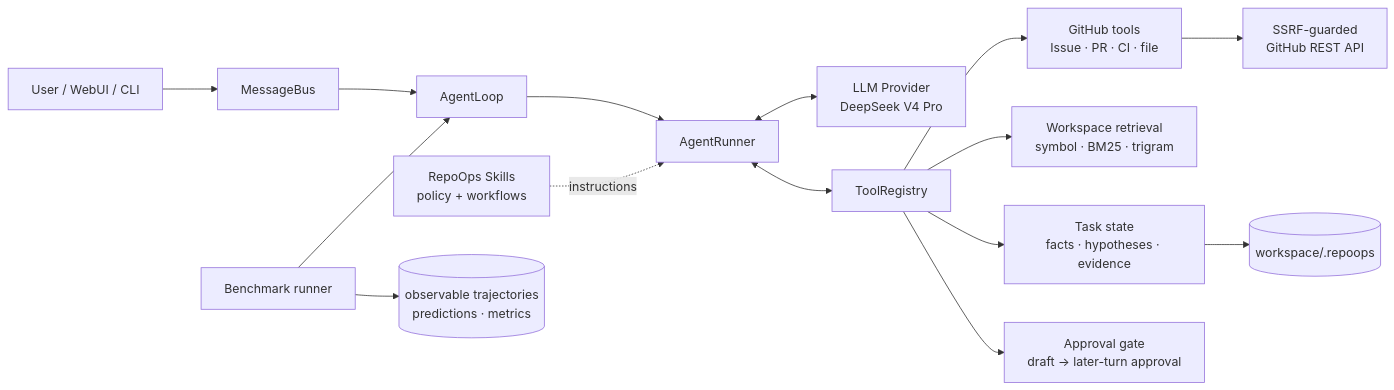
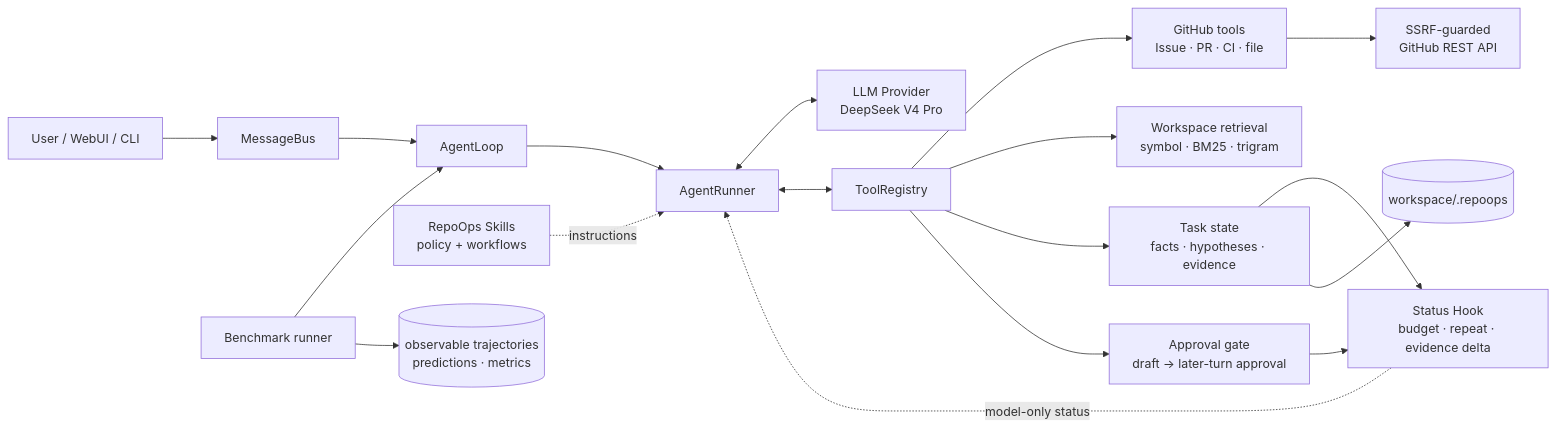
One commit to 123kaze/RepoOpsAgent changed the first of 3 diagrams in docs/architecture.md. Above: the diagram before and after it, drawn with Mermaid. The commit also changed other lines of this file and 284 other files, not shown here.

````diff
--- a/docs/architecture.md
+++ b/docs/architecture.md
@@ -7,20 +7,23 @@
 ```mermaid
 flowchart LR
     U[User / WebUI / CLI] --> B[MessageBus]
     B --> L[AgentLoop]
     L --> R[AgentRunner]
     R <--> P[LLM Provider<br/>DeepSeek V4 Pro]
     R <--> T[ToolRegistry]
 
     T --> G[GitHub tools<br/>Issue · PR · CI · file]
     T --> Q[Workspace retrieval<br/>symbol · BM25 · trigram]
     T --> S[Task state<br/>facts · hypotheses · evidence]
     T --> A[Approval gate<br/>draft → later-turn approval]
+    S --> H[Status Hook<br/>budget · repeat · evidence delta]
+    A --> H
+    H -. model-only status .-> R
 
     G --> N[SSRF-guarded<br/>GitHub REST API]
     S --> D[(workspace/.repoops)]
 
     K[RepoOps Skills<br/>policy + workflows] -. instructions .-> R
     E[Benchmark runner] --> L
     E --> X[(observable trajectories<br/>predictions · metrics)]
 ```
````
